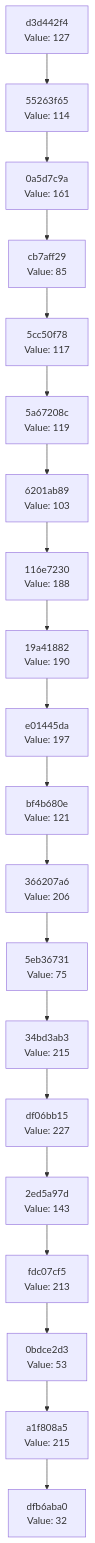
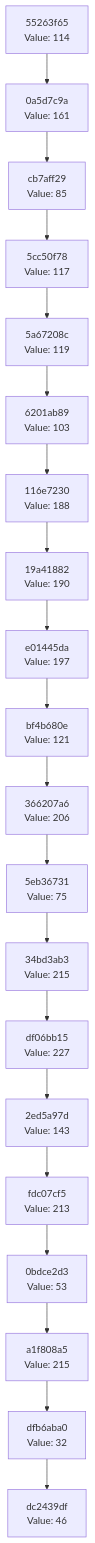
One commit to Abhisheksinha1506/hash-chain-evolver changed the diagram in docs/CHAIN_VISUALIZATION.md. Above: the diagram before and after it, drawn with Mermaid. The commit also changed 2 other files, not shown here.

Commit message:
Evolution step: hash 0x2E → action executed

````diff
--- a/docs/CHAIN_VISUALIZATION.md
+++ b/docs/CHAIN_VISUALIZATION.md
@@ -3,42 +3,42 @@
 ```mermaid
 graph TD
-    C0["dfb6aba0<br/>Value: 32"]
-    C1["a1f808a5<br/>Value: 215"]
+    C0["dc2439df<br/>Value: 46"]
+    C1["dfb6aba0<br/>Value: 32"]
     C1 --> C0
-    C2["0bdce2d3<br/>Value: 53"]
+    C2["a1f808a5<br/>Value: 215"]
     C2 --> C1
-    C3["fdc07cf5<br/>Value: 213"]
+    C3["0bdce2d3<br/>Value: 53"]
     C3 --> C2
-    C4["2ed5a97d<br/>Value: 143"]
+    C4["fdc07cf5<br/>Value: 213"]
     C4 --> C3
-    C5["df06bb15<br/>Value: 227"]
+    C5["2ed5a97d<br/>Value: 143"]
     C5 --> C4
-    C6["34bd3ab3<br/>Value: 215"]
+    C6["df06bb15<br/>Value: 227"]
     C6 --> C5
-    C7["5eb36731<br/>Value: 75"]
+    C7["34bd3ab3<br/>Value: 215"]
     C7 --> C6
-    C8["366207a6<br/>Value: 206"]
+    C8["5eb36731<br/>Value: 75"]
     C8 --> C7
-    C9["bf4b680e<br/>Value: 121"]
+    C9["366207a6<br/>Value: 206"]
     C9 --> C8
-    C10["e01445da<br/>Value: 197"]
+    C10["bf4b680e<br/>Value: 121"]
     C10 --> C9
-    C11["19a41882<br/>Value: 190"]
+    C11["e01445da<br/>Value: 197"]
     C11 --> C10
-    C12["116e7230<br/>Value: 188"]
+    C12["19a41882<br/>Value: 190"]
     C12 --> C11
-    C13["6201ab89<br/>Value: 103"]
+    C13["116e7230<br/>Value: 188"]
     C13 --> C12
-    C14["5a67208c<br/>Value: 119"]
+    C14["6201ab89<br/>Value: 103"]
     C14 --> C13
-    C15["5cc50f78<br/>Value: 117"]
+    C15["5a67208c<br/>Value: 119"]
     C15 --> C14
-    C16["cb7aff29<br/>Value: 85"]
+    C16["5cc50f78<br/>Value: 117"]
     C16 --> C15
-    C17["0a5d7c9a<br/>Value: 161"]
+    C17["cb7aff29<br/>Value: 85"]
     C17 --> C16
-    C18["55263f65<br/>Value: 114"]
+    C18["0a5d7c9a<br/>Value: 161"]
     C18 --> C17
-    C19["d3d442f4<br/>Value: 127"]
+    C19["55263f65<br/>Value: 114"]
     C19 --> C18
 ```
````
